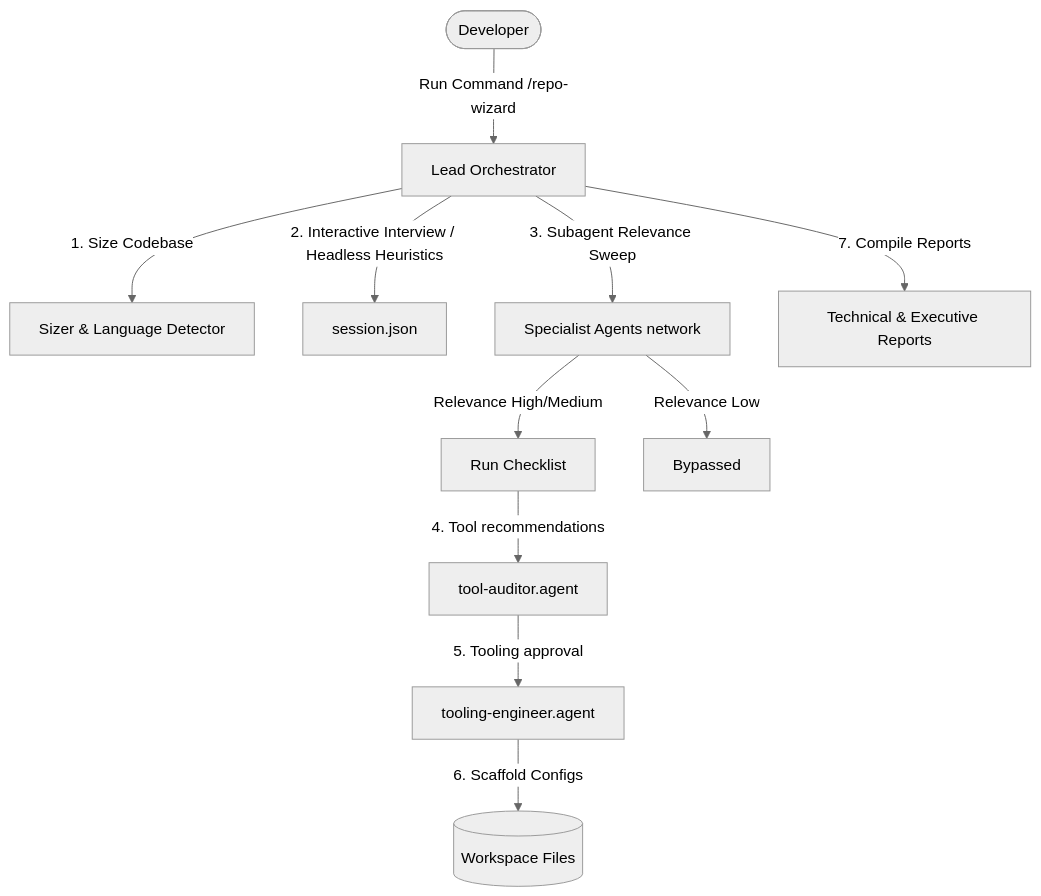
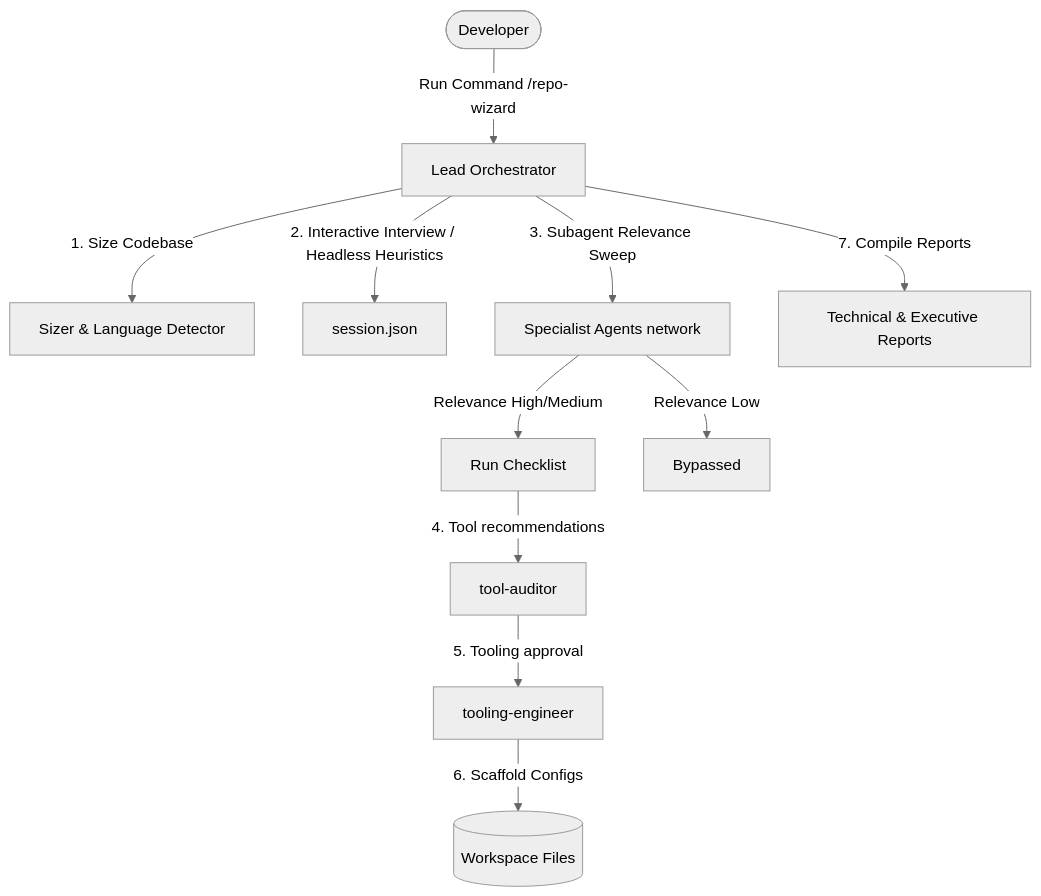
One commit to anjiera/repo-wizard changed the diagram in README.md. Above: the diagram before and after it, drawn with Mermaid (neutral theme). The commit also changed other lines of this file and 242 other files, not shown here.

````diff
--- a/README.md
+++ b/README.md
@@ -38,13 +38,13 @@
 ```mermaid
 graph TD
     User([Developer]) -->|Run Command /repo-wizard| Orchestrator[Lead Orchestrator]
     Orchestrator -->|1. Size Codebase| Sizer[Sizer & Language Detector]
     Orchestrator -->|2. Interactive Interview / Headless Heuristics| Config[session.json]
     Orchestrator -->|3. Subagent Relevance Sweep| Specialists[Specialist Agents network]
     Specialists -->|Relevance High/Medium| Audit[Run Checklist]
     Specialists -->|Relevance Low| Skip[Bypassed]
-    Audit -->|4. Tool recommendations| Evaluator[tool-auditor.agent]
-    Evaluator -->|5. Tooling approval| Scaffolder[tooling-engineer.agent]
+    Audit -->|4. Tool recommendations| Evaluator[tool-auditor]
+    Evaluator -->|5. Tooling approval| Scaffolder[tooling-engineer]
     Scaffolder -->|6. Scaffold Configs| Files[(Workspace Files)]
     Orchestrator -->|7. Compile Reports| MD_HTML[Technical & Executive Reports]
 ```
````
